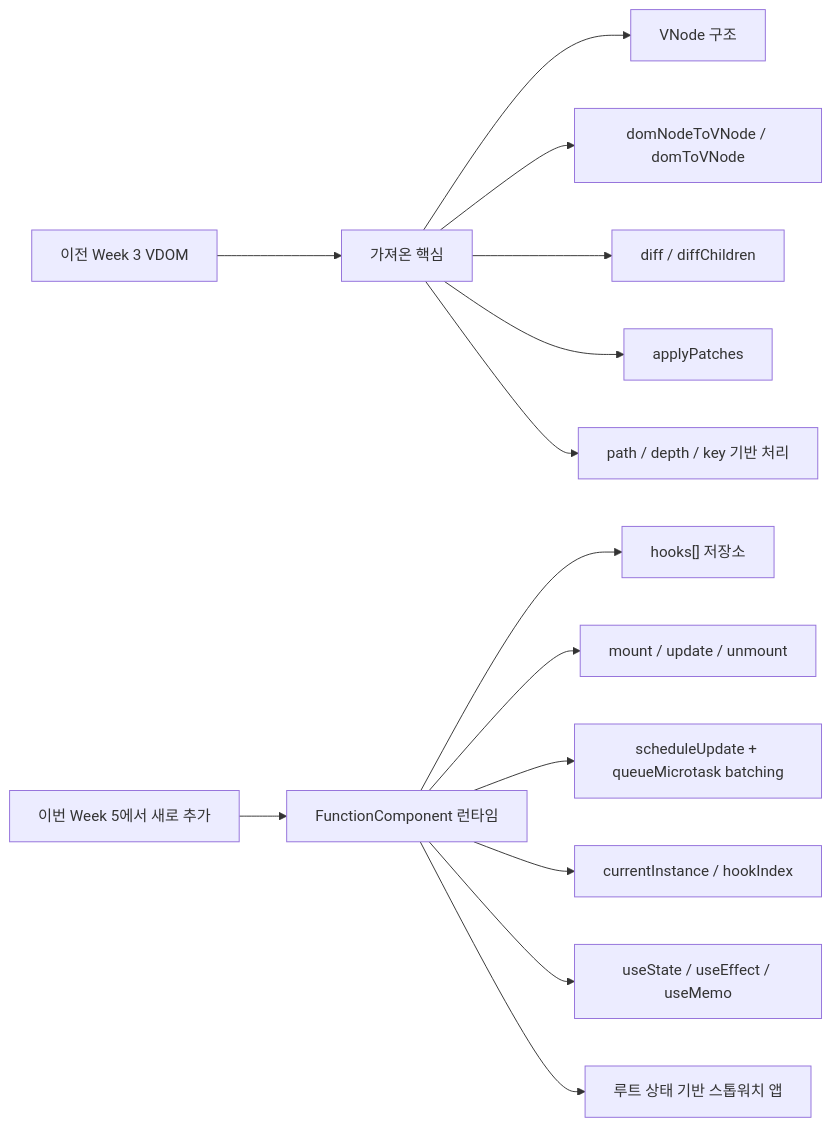
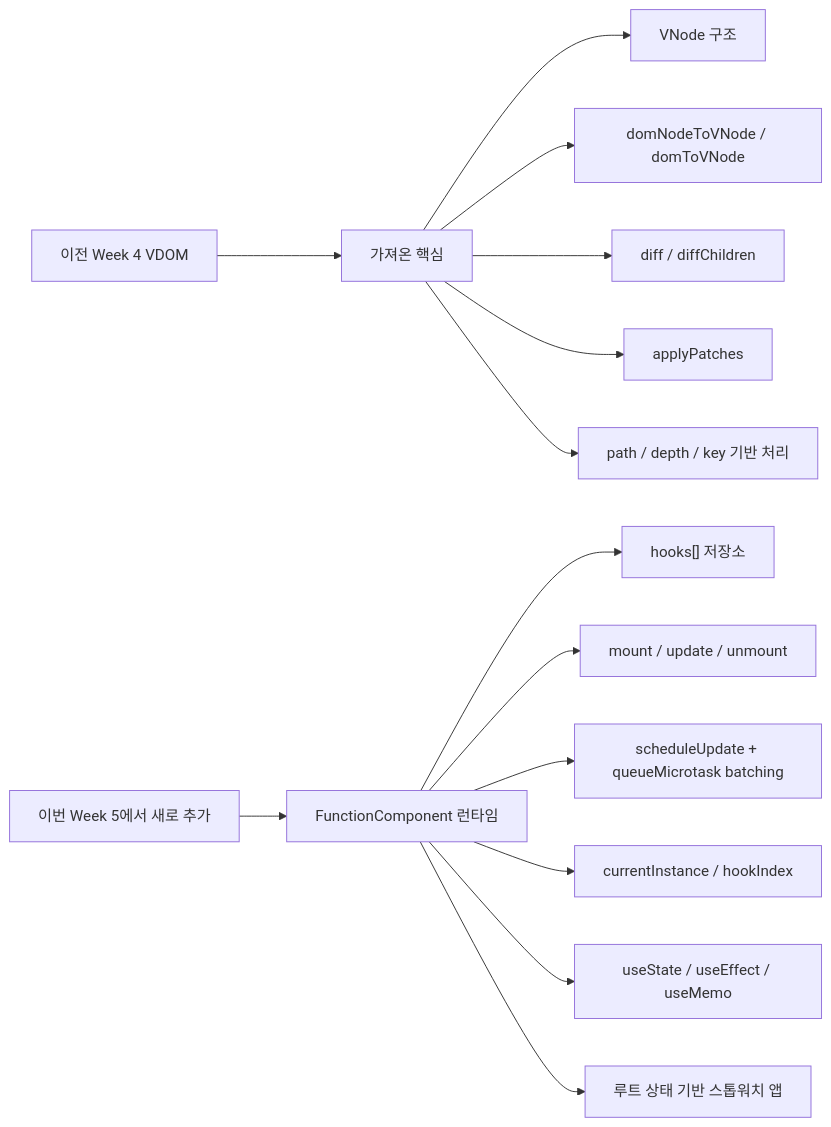
One commit to Jungle-12-303/week5-team3-react2 changed the third of 7 diagrams in docs/REQUIREMENTS_IMPLEMENTATION_MAP.md. Above: the diagram before and after it, drawn with Mermaid. The commit also changed other lines of this file and 3 other files, not shown here.

````diff
--- a/docs/REQUIREMENTS_IMPLEMENTATION_MAP.md
+++ b/docs/REQUIREMENTS_IMPLEMENTATION_MAP.md
@@ -78,17 +78,17 @@
 ```mermaid
 flowchart LR
-    A["이전 Week 3 VDOM"] --> B["가져온 핵심"]
+    A["이전 Week 4 VDOM"] --> B["가져온 핵심"]
     B --> B1["VNode 구조"]
     B --> B2["domNodeToVNode / domToVNode"]
     B --> B3["diff / diffChildren"]
     B --> B4["applyPatches"]
     B --> B5["path / depth / key 기반 처리"]
 
     C["이번 Week 5에서 새로 추가"] --> D["FunctionComponent 런타임"]
     D --> D1["hooks[] 저장소"]
     D --> D2["mount / update / unmount"]
     D --> D3["scheduleUpdate + queueMicrotask batching"]
     D --> D4["currentInstance / hookIndex"]
     D --> D5["useState / useEffect / useMemo"]
     D --> D6["루트 상태 기반 스톱워치 앱"]
 ```
````
